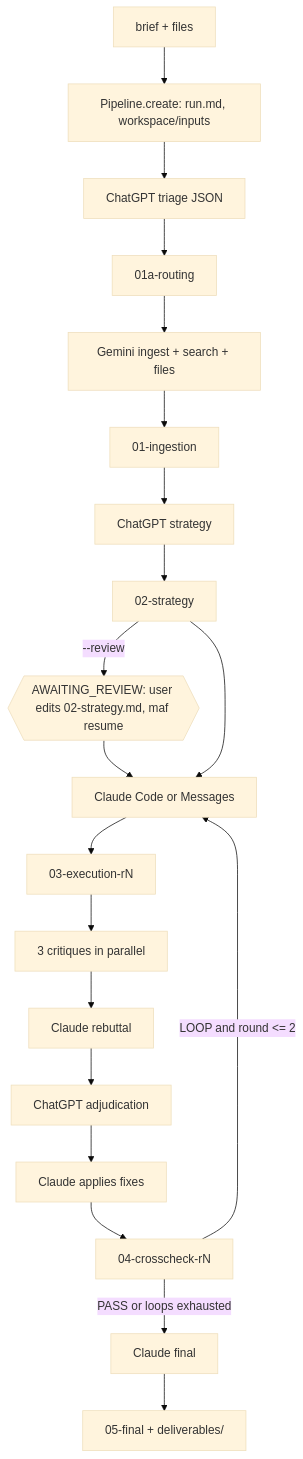
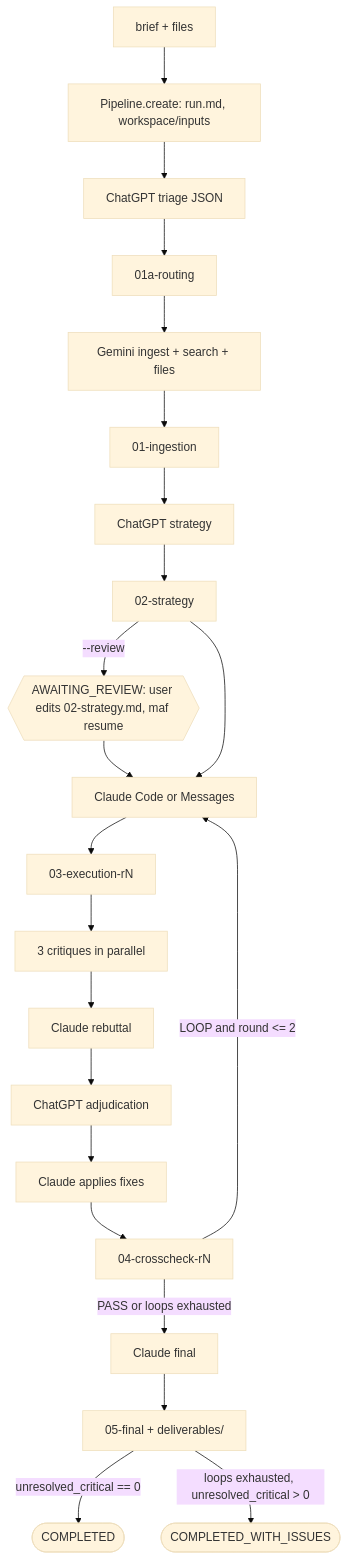
The diagram in docs/ARCHITECTURE.md (PaulKruchko/MultiAgent), drawn with Mermaid (base theme) before and after one commit. The commit also changed other lines of this file and 30 other files, not shown here.

````diff
--- a/docs/ARCHITECTURE.md
+++ b/docs/ARCHITECTURE.md
@@ -24,14 +24,16 @@
 ```mermaid
 flowchart TD
     U[brief + files] --> P[Pipeline.create: run.md, workspace/inputs]
     P --> I1[ChatGPT triage JSON] --> R[01a-routing]
     R --> I2[Gemini ingest + search + files] --> ING[01-ingestion]
     ING --> S[ChatGPT strategy] --> ST[02-strategy]
     ST -->|--review| G{{AWAITING_REVIEW: user edits 02-strategy.md, maf resume}}
     G --> E
     ST --> E[Claude Code or Messages] --> EX[03-execution-rN]
     EX --> C1[3 critiques in parallel] --> C2[Claude rebuttal] --> C3[ChatGPT adjudication]
     C3 --> C4[Claude applies fixes] --> CC[04-crosscheck-rN]
     CC -->|LOOP and round <= 2| E
     CC -->|PASS or loops exhausted| F[Claude final] --> FIN[05-final + deliverables/]
+    FIN -->|unresolved_critical == 0| DONE([COMPLETED])
+    FIN -->|loops exhausted, unresolved_critical > 0| ISSUES([COMPLETED_WITH_ISSUES])
 ```
````
